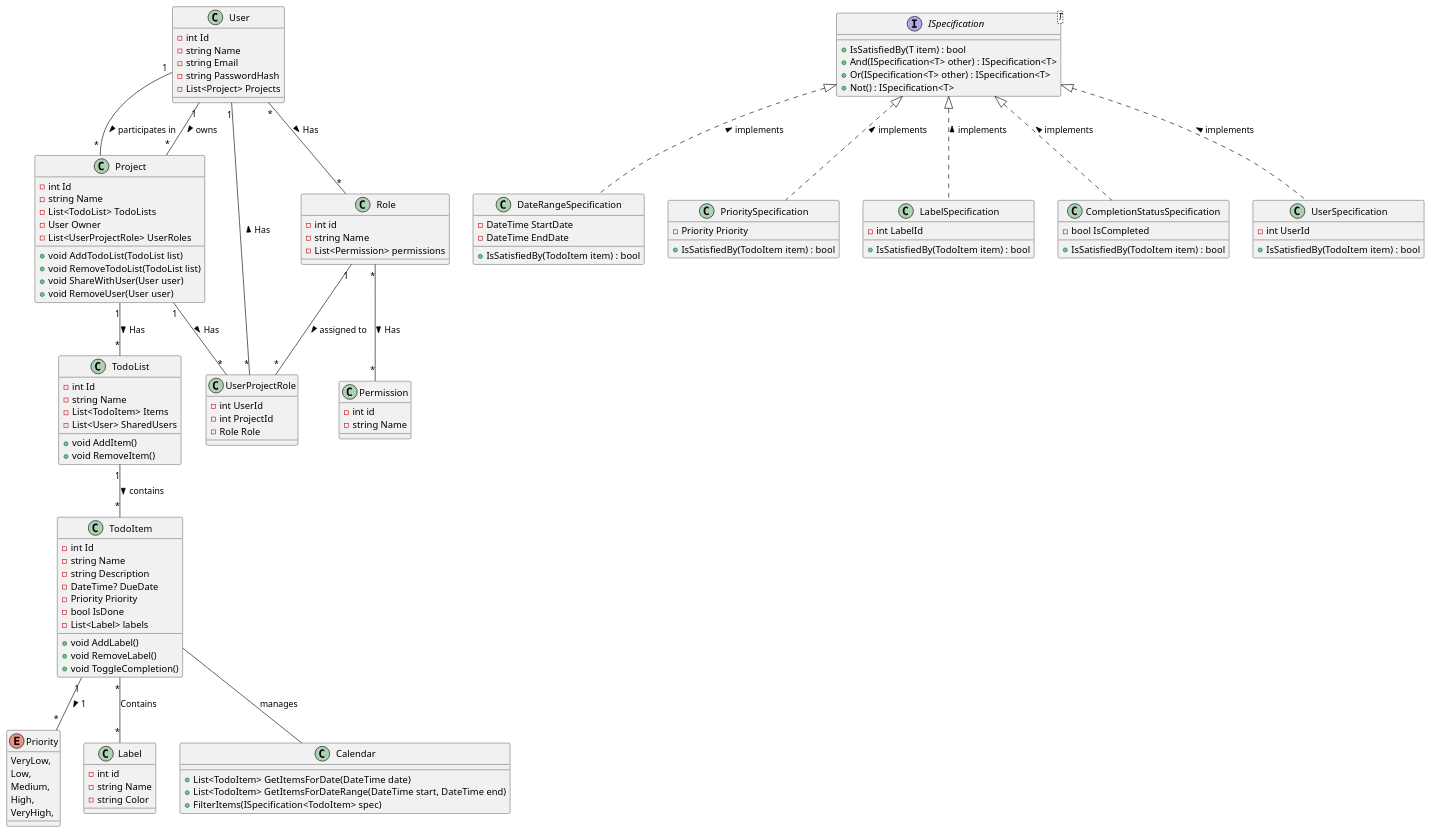
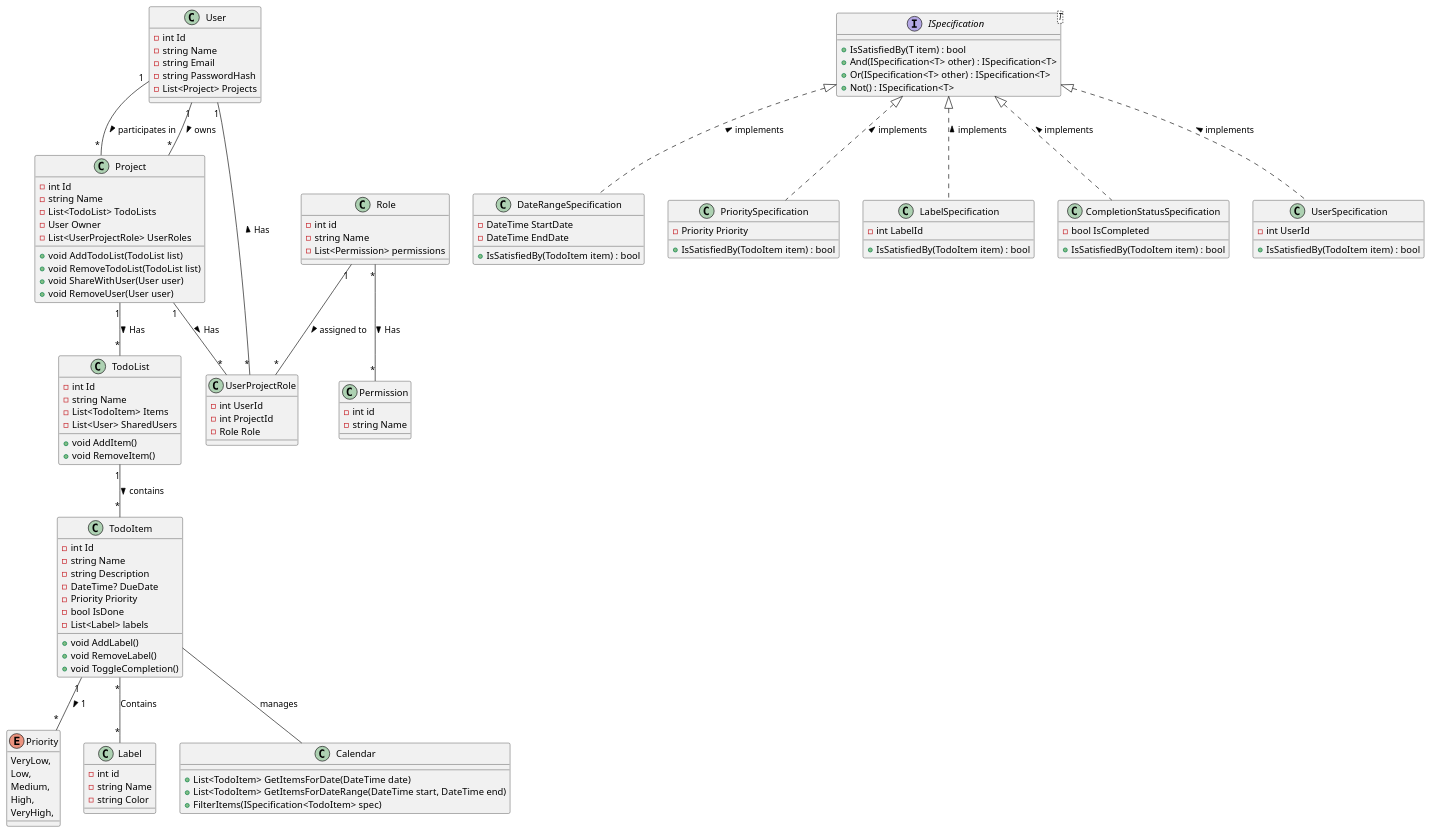
Before and after one commit to Zigalow/Todo-app_Csharp-Application: the diagram in Todo.Core/BusinessLogic.puml, drawn with PlantUML.

Commit message:
Removed arrow from user to role, since a user in itself doesn't have a role - only in the context of a project

```diff
--- a/Todo.Core/BusinessLogic.puml
+++ b/Todo.Core/BusinessLogic.puml
@@ -1,141 +1,140 @@
 @startuml
 'https://plantuml.com/class-diagram
 
 
 class User {
     -int Id
     -string Name
     -string Email
     -string PasswordHash
     -List<Project> Projects
 }
 
 class TodoList {
     -int Id
     -string Name
     -List<TodoItem> Items
     -List<User> SharedUsers
     +void AddItem()
     +void RemoveItem()
 }
 
 class TodoItem {
     -int Id
     -string Name
     -string Description
     -DateTime? DueDate
     -Priority Priority
     -bool IsDone
     -List<Label> labels
     +void AddLabel()
     +void RemoveLabel()
     +void ToggleCompletion()
 }
 
 class Project {
     -int Id
     -string Name
     -List<TodoList> TodoLists
     -User Owner
     -List<UserProjectRole> UserRoles
     +void AddTodoList(TodoList list)
     +void RemoveTodoList(TodoList list)
     +void ShareWithUser(User user)
     +void RemoveUser(User user)
 }
 
 
 enum Priority {
     VeryLow,
     Low,
     Medium,
     High,
     VeryHigh,
 }
 
 class Label {
     -int id
     -string Name
     -string Color
 }
 
 
 class Role {
     -int id
     -string Name
     -List<Permission> permissions
 }
 
 class Permission {
     -int id
     -string Name
 }
 
 class UserProjectRole {
     -int UserId
     -int ProjectId
     -Role Role
 }
 
 class Calendar {
     +List<TodoItem> GetItemsForDate(DateTime date)
     +List<TodoItem> GetItemsForDateRange(DateTime start, DateTime end)
     +FilterItems(ISpecification<TodoItem> spec)
 }
 
 
 User "1" -- "*" Project : participates in >
 User "1" -- "*" Project : owns >
-User "*" -- "*" Role : Has >
 User "1" -- "*" UserProjectRole : Has <
 TodoItem "*" -- "*" Label : Contains
 TodoItem --  Calendar : manages
 TodoItem "1" -- "*" Priority : 1 >
 Role "*" -- "*" Permission : Has >
 Role "1" -- "*" UserProjectRole : assigned to >
 Project "1" -- "*" UserProjectRole : Has >
 
 
 TodoList "1" -- "*" TodoItem : contains >
 Project "1" -- "*" TodoList : Has >
 
 interface ISpecification<T> {
     +IsSatisfiedBy(T item) : bool
     +And(ISpecification<T> other) : ISpecification<T>
     +Or(ISpecification<T> other) : ISpecification<T>
     +Not() : ISpecification<T>
 }
 
 class DateRangeSpecification {
     -DateTime StartDate
     -DateTime EndDate
     +IsSatisfiedBy(TodoItem item) : bool 
 }
 
 class PrioritySpecification {
     -Priority Priority
     +IsSatisfiedBy(TodoItem item) : bool 
 }
 class LabelSpecification {
     -int LabelId
     +IsSatisfiedBy(TodoItem item) : bool 
 }
 class CompletionStatusSpecification {
     -bool IsCompleted
     +IsSatisfiedBy(TodoItem item) : bool 
 }
 
 class UserSpecification {
     -int UserId
     +IsSatisfiedBy(TodoItem item) : bool 
 }
 
 
 ISpecification <|.. DateRangeSpecification: implements < 
 ISpecification <|.. PrioritySpecification: implements <
 ISpecification <|.. LabelSpecification: implements <
 ISpecification <|.. CompletionStatusSpecification: implements <
 ISpecification <|.. UserSpecification: implements <
 
 
 @enduml
```
